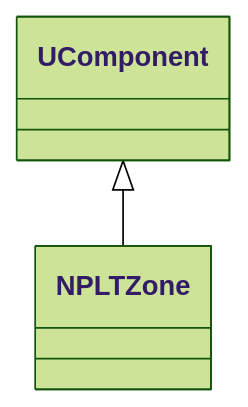
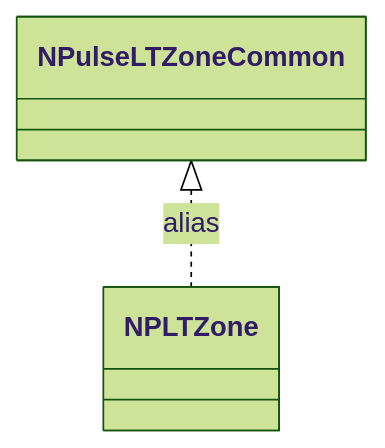
One commit to aicommunity/Nmsdk-PulseLib changed the sixth of 10 diagrams in Docs/Components/NPLTZone.md. Above: the diagram before and after it, drawn with Mermaid (forest theme). The commit also changed other lines of this file and 196 other files, not shown here.

````diff
--- a/Docs/Components/NPLTZone.md
+++ b/Docs/Components/NPLTZone.md
@@ -57,4 +249,4 @@
 ```mermaid
 classDiagram
-    UComponent <|-- NPLTZone
+    NPulseLTZoneCommon <|.. NPLTZone : alias
 ```
````
